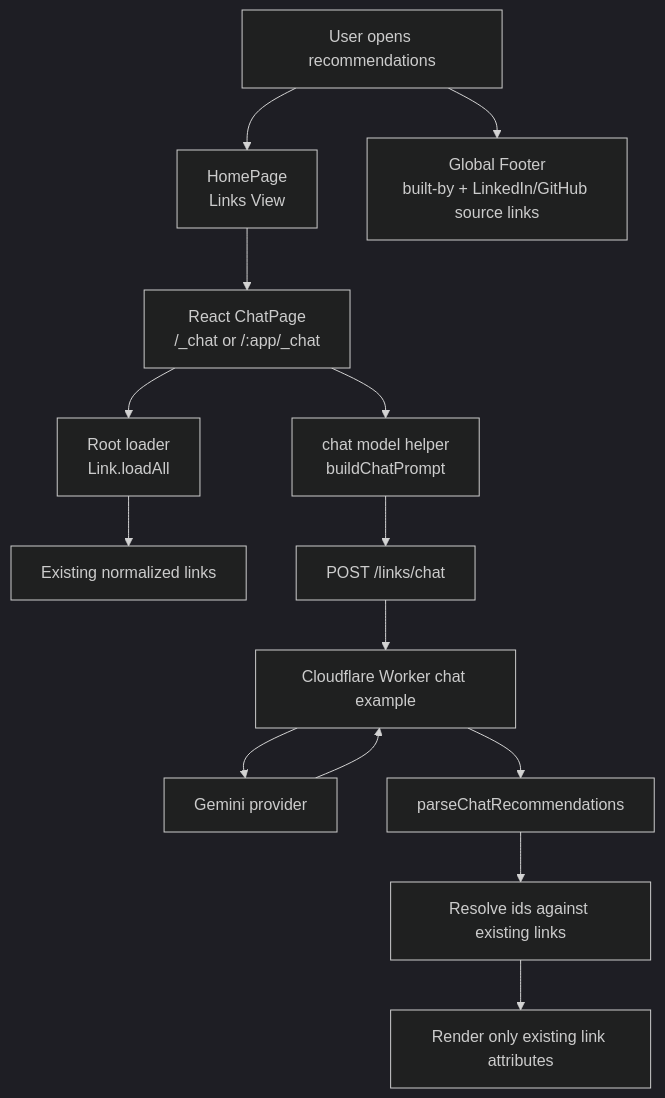
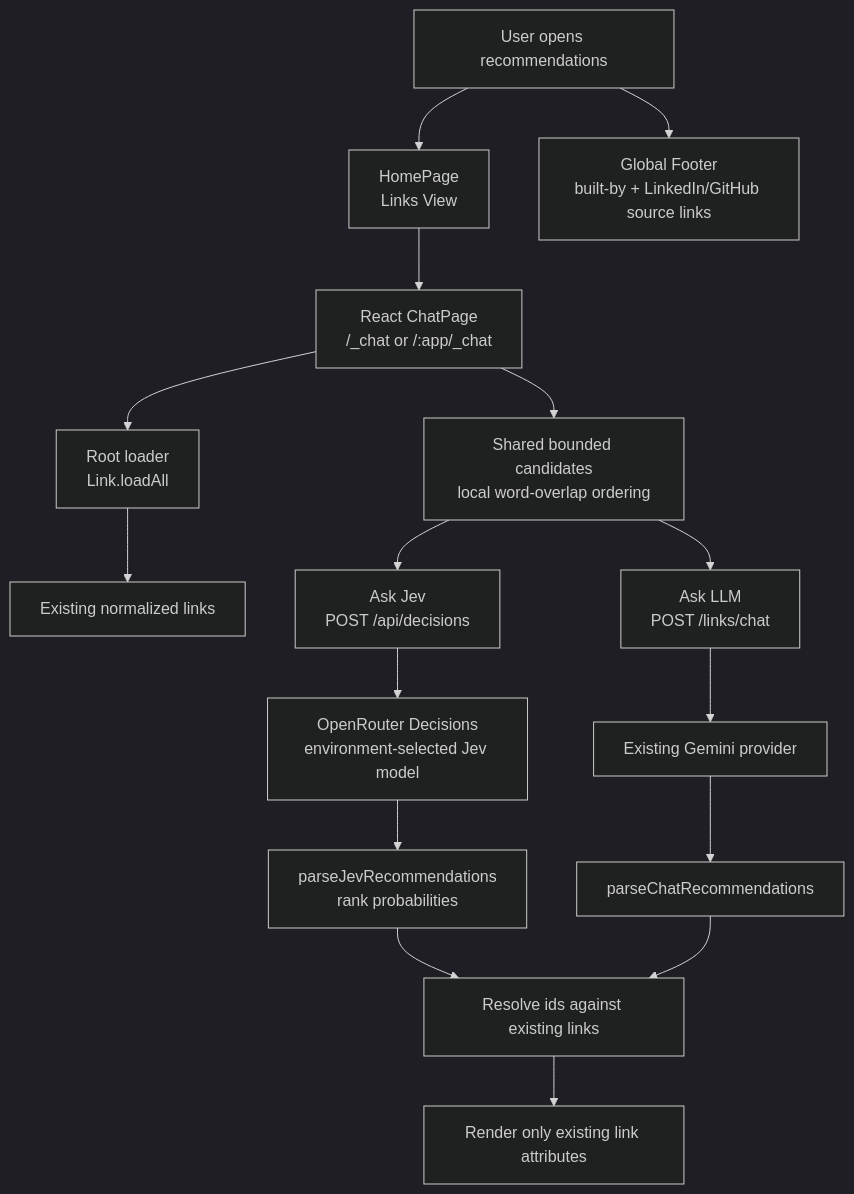
One commit to johnpfeiffer/links changed the first of 7 diagrams in architecture.md. Above: the diagram before and after it, drawn with Mermaid (dark theme). The commit also changed other lines of this file and 17 other files, not shown here.

````diff
--- a/architecture.md
+++ b/architecture.md
@@ -27,16 +27,18 @@
 ```mermaid
 flowchart TD
   User["User opens recommendations"] --> Home["HomePage<br/>Links View"]
   User --> Footer["Global Footer<br/>built-by + LinkedIn/GitHub source links"]
   Home --> UI["React ChatPage<br/>/_chat or /:app/_chat"]
   UI --> Loader["Root loader<br/>Link.loadAll"]
   Loader --> Links["Existing normalized links"]
-  UI --> Prompt["chat model helper<br/>buildChatPrompt"]
-  Prompt --> API["POST /links/chat"]
-  API --> Worker["Cloudflare Worker chat example"]
-  Worker --> Provider["Gemini provider"]
-  Provider --> Worker
-  Worker --> Parser["parseChatRecommendations"]
+  UI --> Candidates["Shared bounded candidates<br/>local word-overlap ordering"]
+  Candidates --> LLM["Ask LLM<br/>POST /links/chat"]
+  Candidates --> Jev["Ask Jev<br/>POST /api/decisions"]
+  LLM --> Gemini["Existing Gemini provider"]
+  Jev --> Decision["OpenRouter Decisions<br/>environment-selected Jev model"]
+  Gemini --> Parser["parseChatRecommendations"]
+  Decision --> Parser2["parseJevRecommendations<br/>rank probabilities"]
+  Parser2 --> Validate["Resolve ids against existing links"]
   Parser --> Validate["Resolve ids against existing links"]
   Validate --> Render["Render only existing link attributes"]
 ```
````
